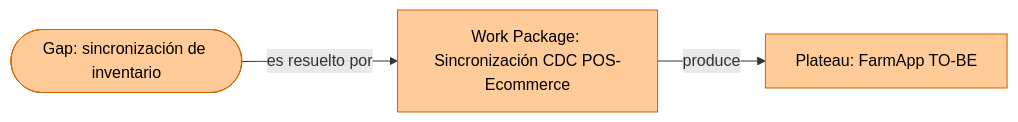
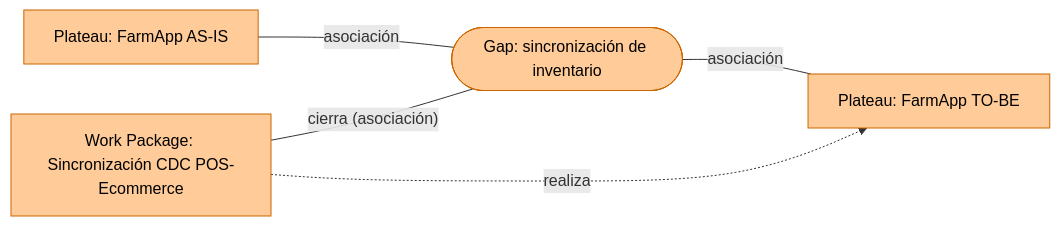
The second of 3 diagrams in clase/guia_paso_a_paso_presentacion.md (CesarAVegaF312/AREM-Taller_9_Presentacion_Final), drawn with Mermaid before and after one commit. The commit also changed other lines of this file and 11 other files, not shown here.

````diff
--- a/clase/guia_paso_a_paso_presentacion.md
+++ b/clase/guia_paso_a_paso_presentacion.md
@@ -280,12 +343,15 @@
 ```mermaid
 flowchart LR
+    asis["Plateau: FarmApp AS-IS"]
     gap(["Gap: sincronización de inventario"])
     wp["Work Package: Sincronización CDC POS-Ecommerce"]
     tobe["Plateau: FarmApp TO-BE"]
 
-    gap -->|"es resuelto por"| wp
-    wp -->|"produce"| tobe
+    asis ---|"asociación"| gap
+    gap ---|"asociación"| tobe
+    wp ---|"cierra (asociación)"| gap
+    wp -.->|"realiza"| tobe
 
     classDef migracion fill:#ffcc99,color:#000,stroke:#cc6600;
-    class gap,wp,tobe migracion
+    class asis,gap,wp,tobe migracion
 ```
````
